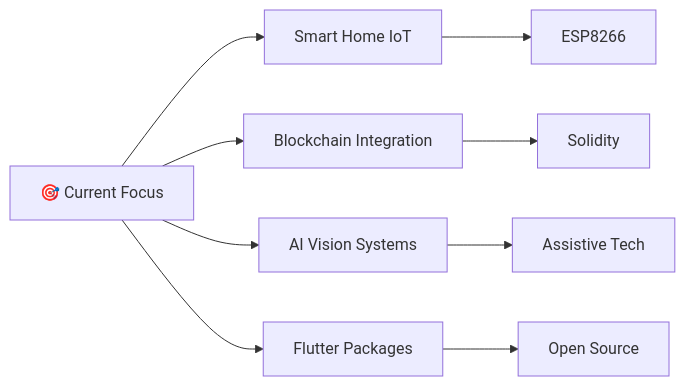
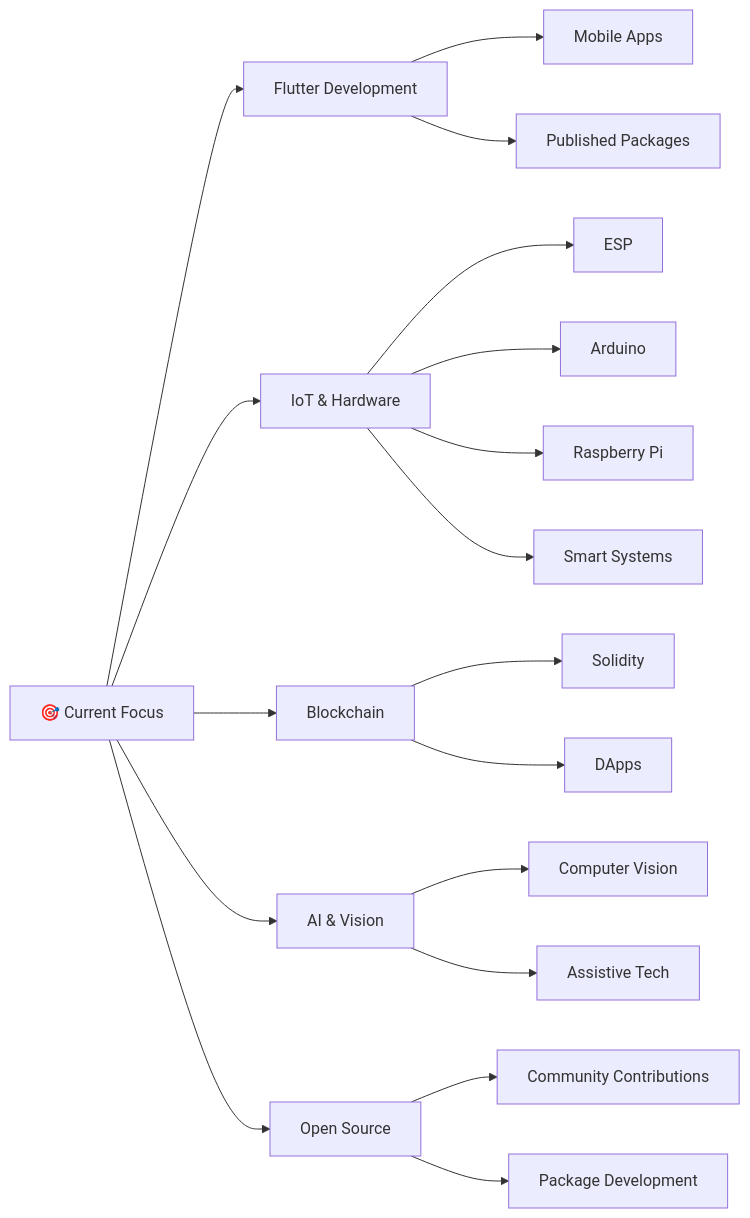
The diagram in README.md (SatishParmar1/SatishParmar1), drawn with Mermaid before and after one commit.

Commit message:
Update current focus areas in README diagram

````diff
--- a/README.md
+++ b/README.md
@@ -205,11 +205,25 @@
 ```mermaid
 graph LR
-    A[🎯 Current Focus] --> B[Smart Home IoT]
-    A --> C[Blockchain Integration]
-    A --> D[AI Vision Systems]
-    A --> E[Flutter Packages]
-    B --> F[ESP8266]
-    C --> G[Solidity]
-    D --> H[Assistive Tech]
-    E --> I[Open Source]
+    A[🎯 Current Focus] --> B[Flutter Development]
+    A --> C[IoT & Hardware]
+    A --> D[Blockchain]
+    A --> E[AI & Vision]
+    A --> F[Open Source]
+    
+    B --> B1[Mobile Apps]
+    B --> B2[Published Packages]
+    
+    C --> C1[ESP]
+    C --> C2[Arduino]
+    C --> C3[Raspberry Pi]
+    C --> C4[Smart Systems]
+    
+    D --> D1[Solidity]
+    D --> D2[DApps]
+    
+    E --> E1[Computer Vision]
+    E --> E2[Assistive Tech]
+    
+    F --> F1[Community Contributions]
+    F --> F2[Package Development]
 ```
````
